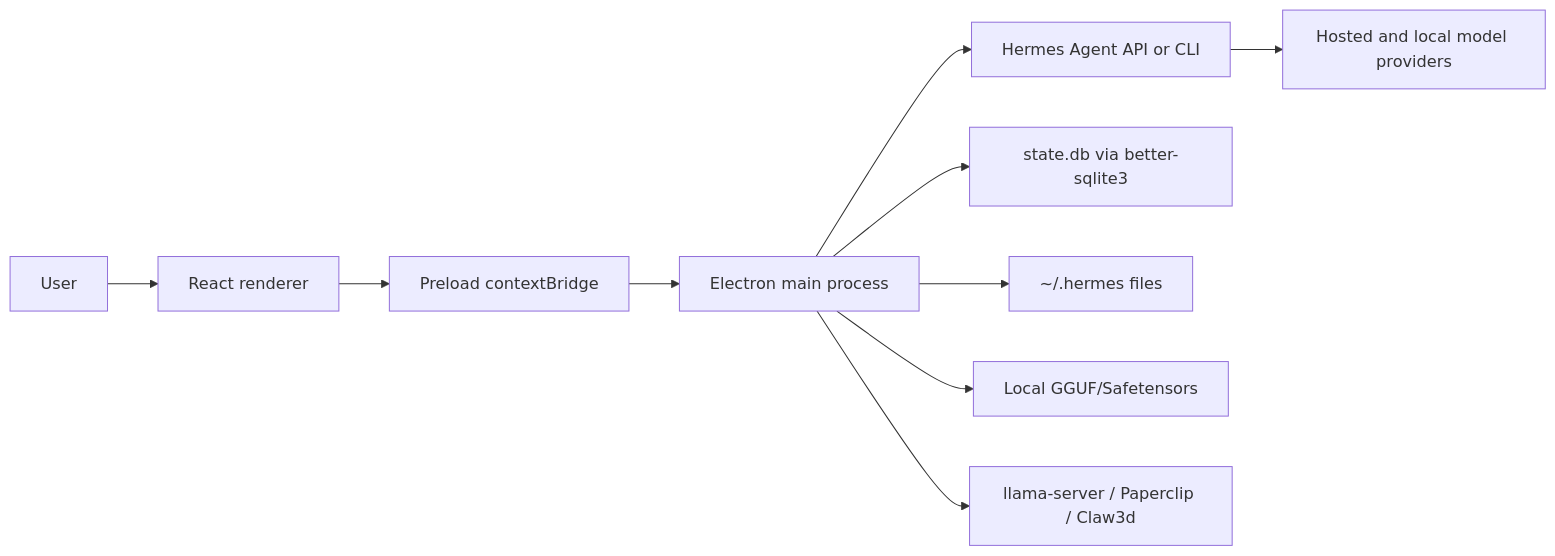
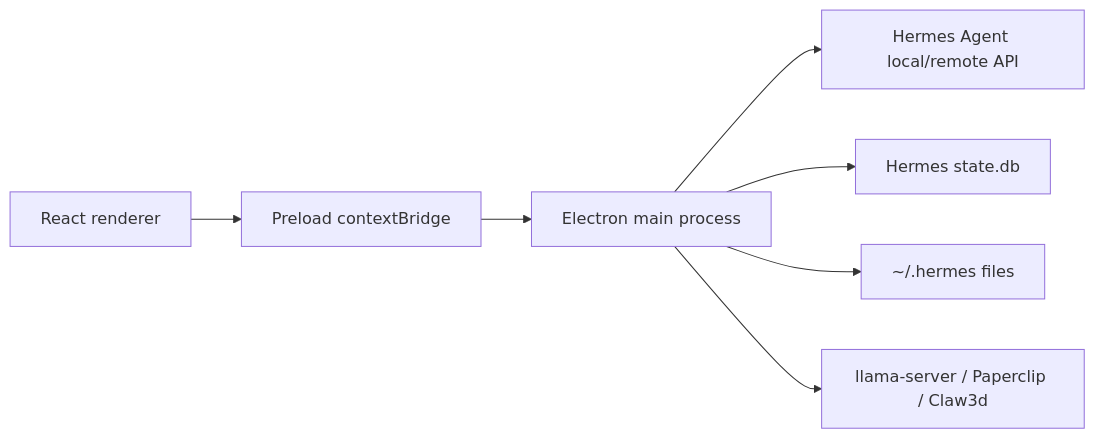
One commit to Antman1526/hermes-desktop-Max changed the diagram in README.md. Above: the diagram before and after it, drawn with Mermaid. The commit also changed other lines of this file and 20 other files, not shown here.

````diff
--- a/README.md
+++ b/README.md
@@ -122,12 +102,9 @@
 ```mermaid
 flowchart LR
-  User["User"] --> Renderer["React renderer"]
-  Renderer --> Preload["Preload contextBridge"]
-  Preload --> Main["Electron main process"]
-  Main --> Hermes["Hermes Agent API or CLI"]
-  Main --> StateDb["state.db via better-sqlite3"]
-  Main --> Config["~/.hermes files"]
-  Main --> Models["Local GGUF/Safetensors"]
+  UI["React renderer"] --> Bridge["Preload contextBridge"]
+  Bridge --> Main["Electron main process"]
+  Main --> Agent["Hermes Agent local/remote API"]
+  Main --> DB["Hermes state.db"]
+  Main --> Files["~/.hermes files"]
   Main --> Sidecars["llama-server / Paperclip / Claw3d"]
-  Hermes --> Providers["Hosted and local model providers"]
 ```
````
